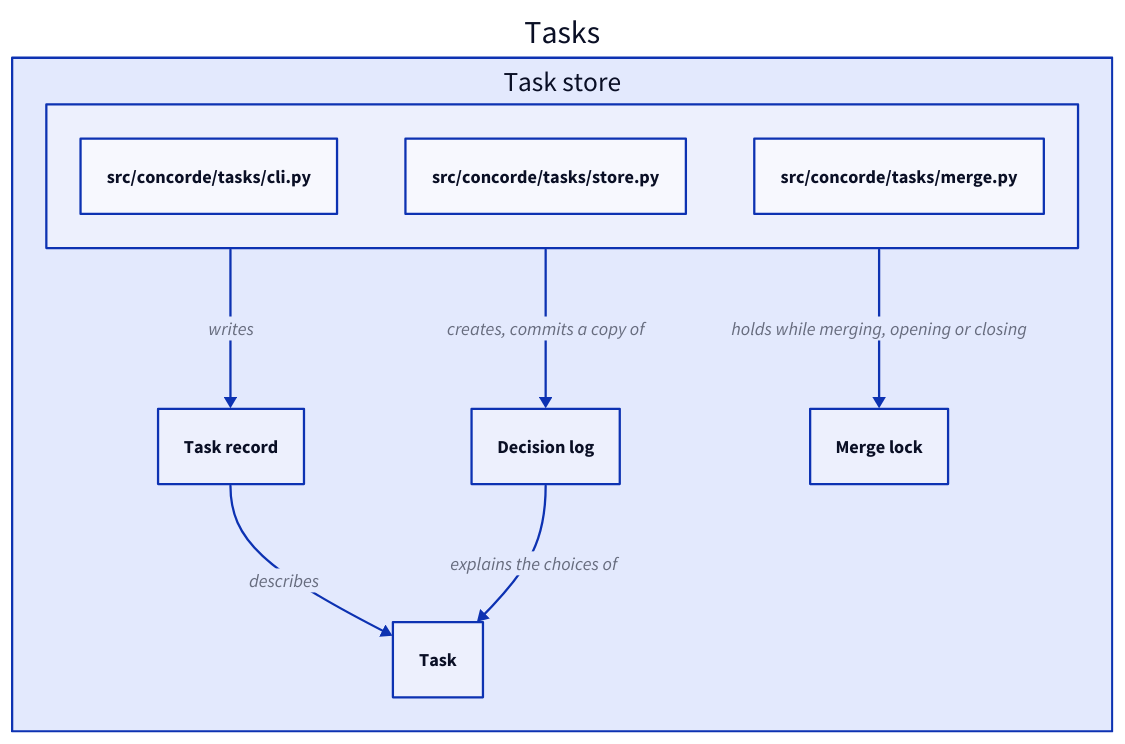
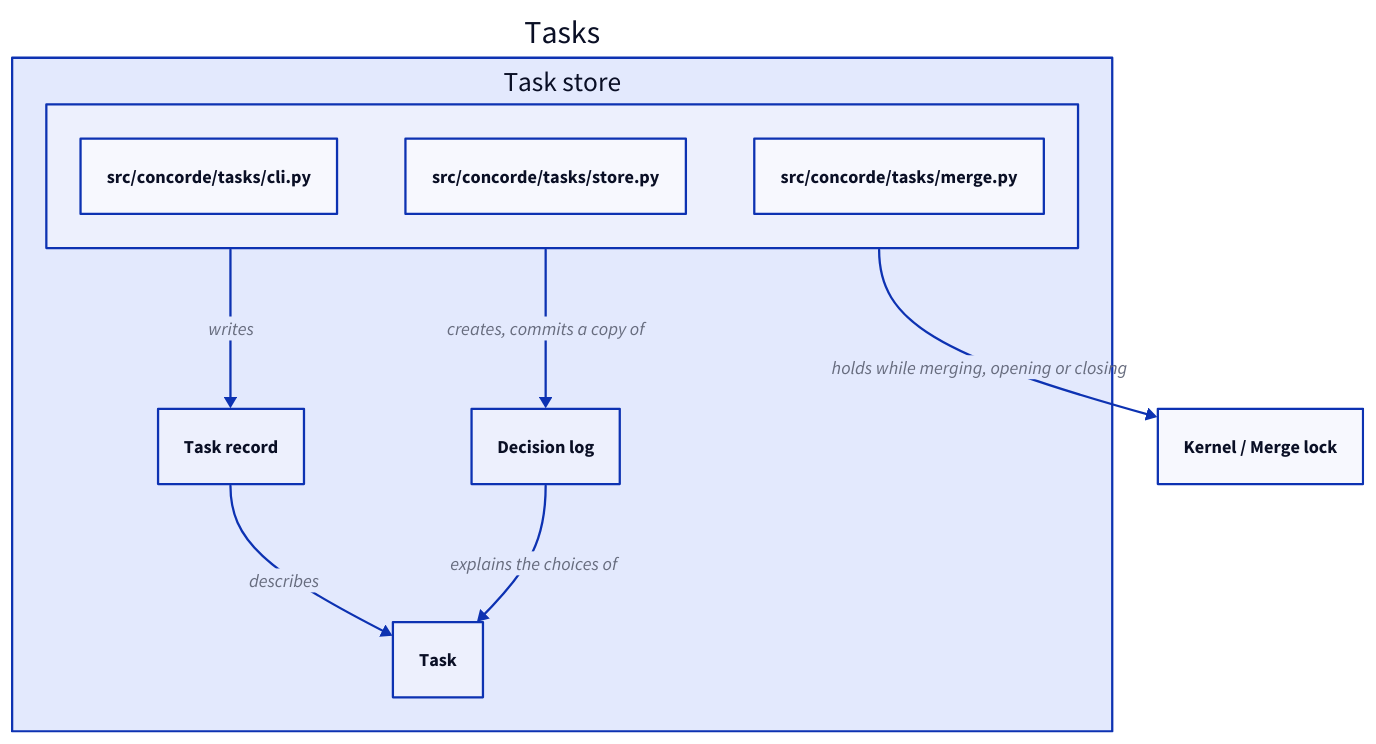
The first of 4 diagrams in specs/concorde/coordination/tasks/module.md (FTOD/concorde), drawn with D2 before and after one commit. The commit also changed other lines of this file and 109 other files, not shown here.

````diff
--- a/specs/concorde/coordination/tasks/module.md
+++ b/specs/concorde/coordination/tasks/module.md
@@ -117,18 +143,18 @@
 ```d2
 tasks: Tasks {
   store: Task store {
     "src/concorde/tasks/cli.py"
     "src/concorde/tasks/store.py"
     "src/concorde/tasks/merge.py"
   }
   record: Task record
   log: Decision log
   task: Task
-  lock: Merge lock
   store -> record: writes
   store -> log: creates, commits a copy of
-  store -> lock: holds while merging, opening or closing
   record -> task: describes
   log -> task: explains the choices of
 }
+lock: Kernel / Merge lock
+tasks.store -> lock: holds while merging, opening or closing
 ```
````
